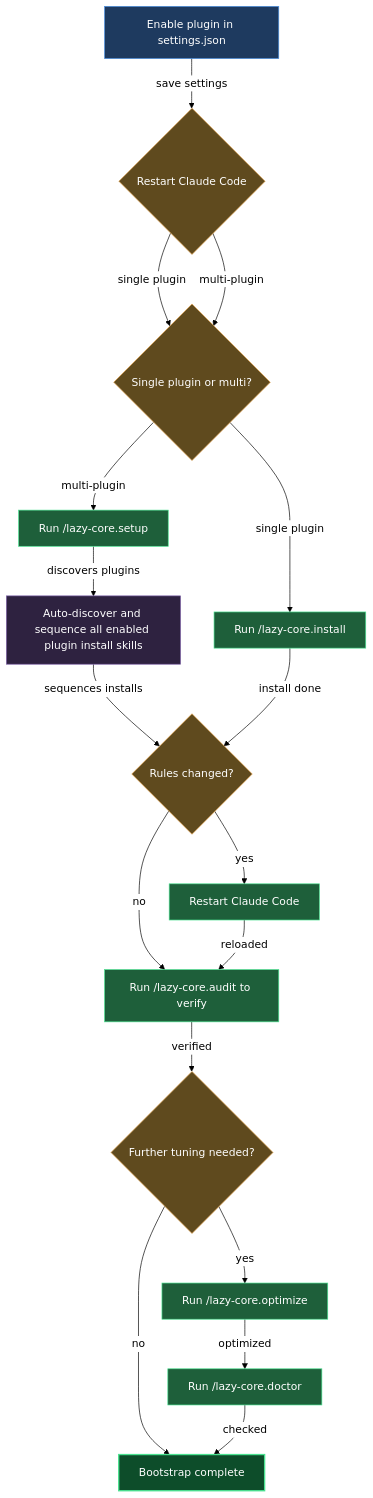
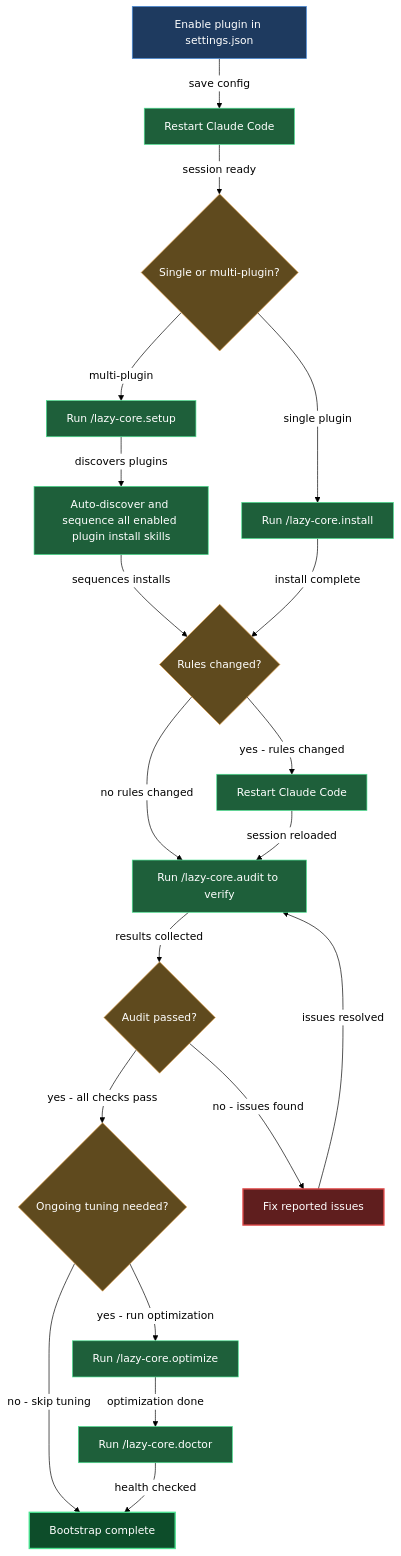
Before and after one commit to mebius-san/lazy-cortex: the diagram in Claude/lazycortex-core/help/install-and-audit.md, drawn with Mermaid. The commit also changed other lines of this file and 15 other files, not shown here.

````diff
--- a/Claude/lazycortex-core/help/install-and-audit.md
+++ b/Claude/lazycortex-core/help/install-and-audit.md
@@ -100,54 +100,60 @@
 ```mermaid
 %%{init: {'themeVariables':{'background':'transparent','lineColor':'#000','textColor':'#000','edgeLabelBackground':'#fff'},'themeCSS':'.edgeLabel{background-color:transparent!important}.edgeLabel p{background-color:transparent!important}','flowchart':{'diagramPadding':5,'useMaxWidth':true}}}%%
 flowchart TD
   enablePlugin[Enable plugin in settings.json]
-  restartFirst{Restart Claude Code}
-  chooseEntry{Single plugin or multi?}
+  restartFirst[Restart Claude Code]
+  chooseEntryPoint{Single or multi-plugin?}
   runInstall[Run /lazy-core.install]
   runSetup[Run /lazy-core.setup]
-  autoDiscover[Auto-discover and sequence all enabled plugin install skills]
+  setupDiscovers[Auto-discover and sequence all enabled plugin install skills]
   rulesChanged{Rules changed?}
   restartSecond[Restart Claude Code]
   runAudit[Run /lazy-core.audit to verify]
-  tuneGuard{Further tuning needed?}
+  auditPassed{Audit passed?}
+  tuningNeeded{Ongoing tuning needed?}
   runOptimize[Run /lazy-core.optimize]
   runDoctor[Run /lazy-core.doctor]
-  done[Bootstrap complete]
+  bootstrapDone[Bootstrap complete]
+  fixIssues[Fix reported issues]
 
-  enablePlugin -->|save settings| restartFirst
-  restartFirst -->|single plugin| chooseEntry
-  restartFirst -->|multi-plugin| chooseEntry
-  chooseEntry -->|single plugin| runInstall
-  chooseEntry -->|multi-plugin| runSetup
-  runSetup -->|discovers plugins| autoDiscover
-  autoDiscover -->|sequences installs| rulesChanged
-  runInstall -->|install done| rulesChanged
-  rulesChanged -->|yes| restartSecond
-  rulesChanged -->|no| runAudit
-  restartSecond -->|reloaded| runAudit
-  runAudit -->|verified| tuneGuard
-  tuneGuard -->|yes| runOptimize
-  tuneGuard -->|no| done
-  runOptimize -->|optimized| runDoctor
-  runDoctor -->|checked| done
+  enablePlugin -->|save config| restartFirst
+  restartFirst -->|session ready| chooseEntryPoint
+  chooseEntryPoint -->|single plugin| runInstall
+  chooseEntryPoint -->|multi-plugin| runSetup
+  runSetup -->|discovers plugins| setupDiscovers
+  setupDiscovers -->|sequences installs| rulesChanged
+  runInstall -->|install complete| rulesChanged
+  rulesChanged -->|yes - rules changed| restartSecond
+  rulesChanged -->|no rules changed| runAudit
+  restartSecond -->|session reloaded| runAudit
+  runAudit -->|results collected| auditPassed
+  auditPassed -->|yes - all checks pass| tuningNeeded
+  auditPassed -->|no - issues found| fixIssues
+  fixIssues -->|issues resolved| runAudit
+  tuningNeeded -->|yes - run optimization| runOptimize
+  tuningNeeded -->|no - skip tuning| bootstrapDone
+  runOptimize -->|optimization done| runDoctor
+  runDoctor -->|health checked| bootstrapDone
 
   classDef entry fill:#1e3a5f,stroke:#4a90e2,color:#fff
   classDef guard fill:#5f4a1e,stroke:#e2a14a,color:#fff
   classDef action fill:#1e5f3a,stroke:#4ae290,color:#fff
   classDef success fill:#0d4d2a,stroke:#4ae290,color:#fff,stroke-width:2px
-  classDef sub fill:#2e2240,stroke:#7e63a8,color:#fff
+  classDef error fill:#5f1e1e,stroke:#e24a4a,color:#fff,stroke-width:2px
 
   class enablePlugin entry
-  class restartFirst guard
-  class chooseEntry guard
-  class rulesChanged guard
-  class tuneGuard guard
+  class restartFirst action
+  class chooseEntryPoint guard
   class runInstall action
   class runSetup action
-  class autoDiscover sub
+  class setupDiscovers action
+  class rulesChanged guard
   class restartSecond action
   class runAudit action
+  class auditPassed guard
+  class tuningNeeded guard
   class runOptimize action
   class runDoctor action
-  class done success
+  class bootstrapDone success
+  class fixIssues error
 ```
````
